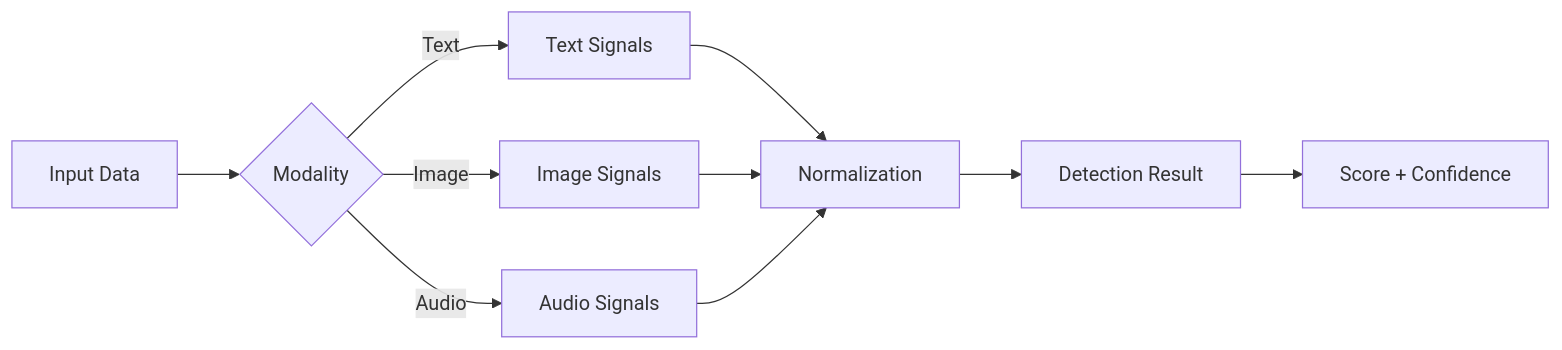
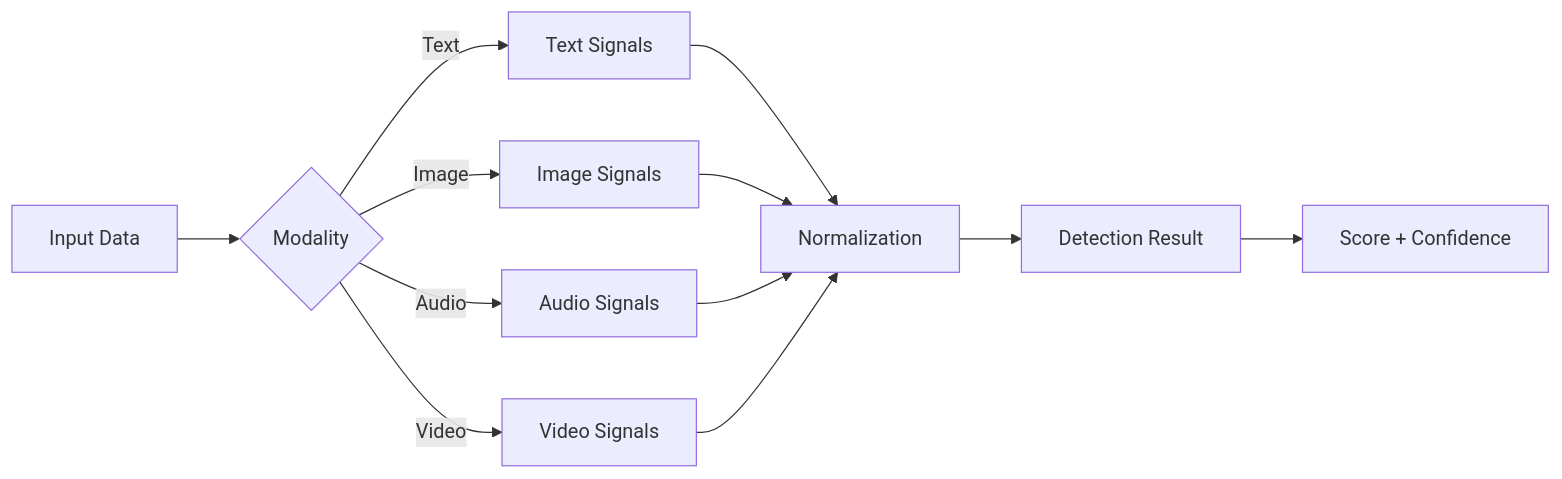
The diagram in docs/index.md (ADITYAMAHAKALI/veridex), drawn with Mermaid before and after one commit. The commit also changed other lines of this file and 30 other files, not shown here.

Commit message:
Release v0.2.0: Add video detection, update docs, and fix tests

````diff
--- a/docs/index.md
+++ b/docs/index.md
@@ -103,12 +118,14 @@
 ```mermaid
 graph LR
     A[Input Data] --> B{Modality}
     B -->|Text| C[Text Signals]
     B -->|Image| D[Image Signals]
     B -->|Audio| E[Audio Signals]
-    C --> F[Normalization]
-    D --> F
-    E --> F
-    F --> G[Detection Result]
-    G --> H[Score + Confidence]
+    B -->|Video| F[Video Signals]
+    C --> G[Normalization]
+    D --> G
+    E --> G
+    F --> G
+    G --> H[Detection Result]
+    H --> I[Score + Confidence]
 ```
````
